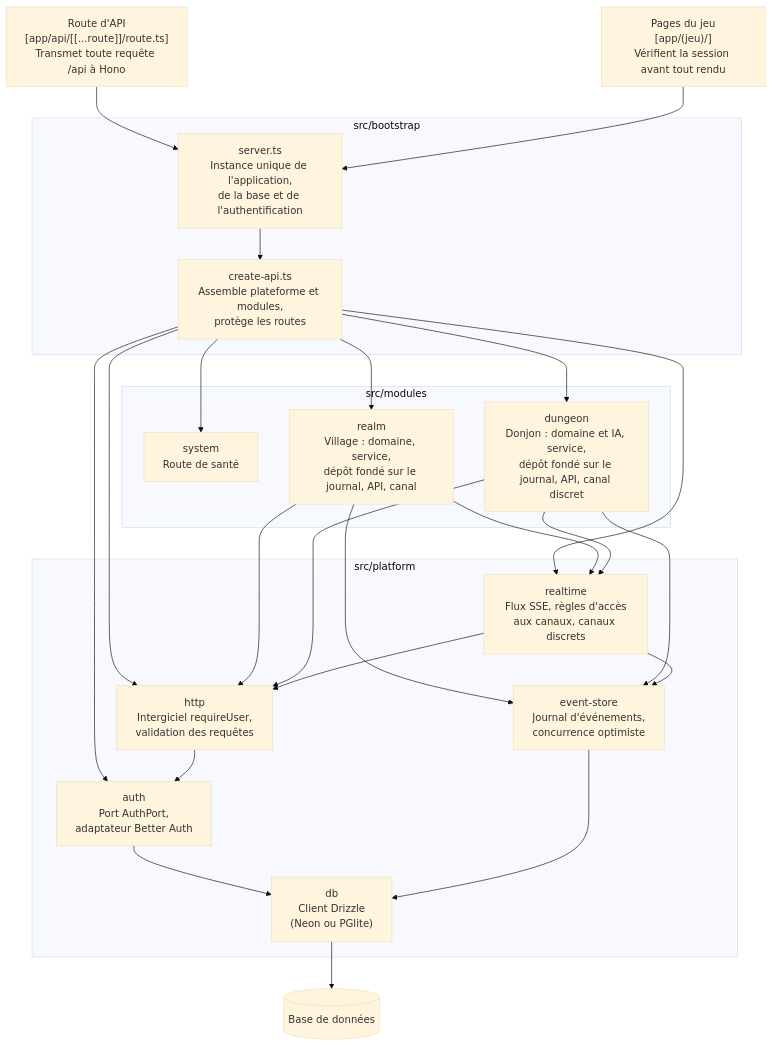
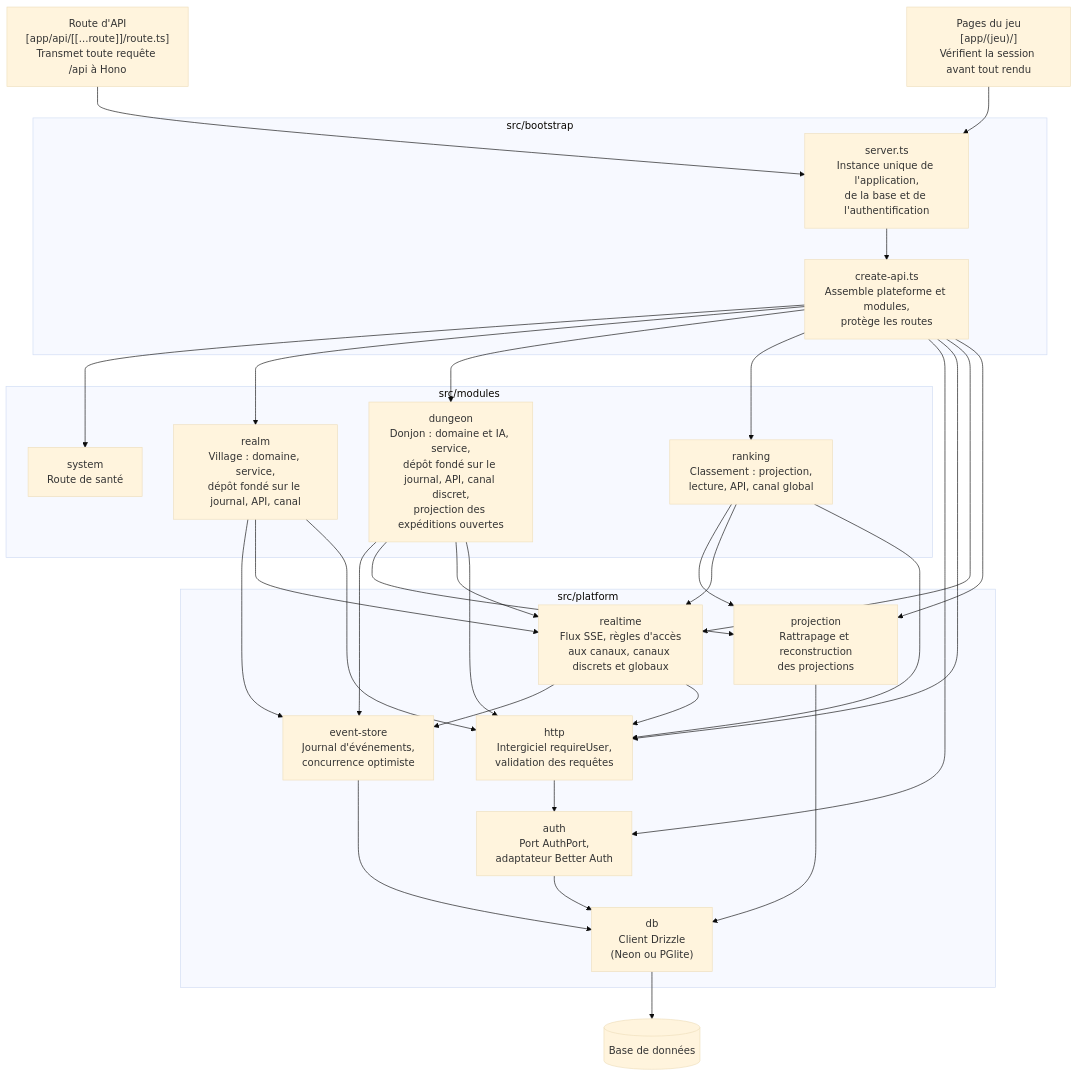
Before and after one commit to Swixos/royaumes: the third of 4 diagrams in docs/architecture.md, drawn with Mermaid (base theme). The commit also changed other lines of this file and 2 other files, not shown here.

First line of the commit message:
docs: update the ranking documentation

````diff
--- a/docs/architecture.md
+++ b/docs/architecture.md
@@ -50,33 +54,37 @@
 ```mermaid
 flowchart TB
   route["Route d'API<br/>[app/api/[[...route]]/route.ts]<br/>Transmet toute requête /api à Hono"]
   pages["Pages du jeu<br/>[app/(jeu)/]<br/>Vérifient la session avant tout rendu"]
   subgraph bootstrap["src/bootstrap"]
     server["server.ts<br/>Instance unique de l'application,<br/>de la base et de l'authentification"]
     createapi["create-api.ts<br/>Assemble plateforme et modules,<br/>protège les routes"]
   end
   subgraph modules["src/modules"]
     system["system<br/>Route de santé"]
     realm["realm<br/>Village : domaine, service,<br/>dépôt fondé sur le journal, API, canal"]
-    dungeon["dungeon<br/>Donjon : domaine et IA, service,<br/>dépôt fondé sur le journal, API, canal discret"]
+    dungeon["dungeon<br/>Donjon : domaine et IA, service,<br/>dépôt fondé sur le journal, API, canal discret,<br/>projection des expéditions ouvertes"]
+    ranking["ranking<br/>Classement : projection,<br/>lecture, API, canal global"]
   end
   subgraph platform["src/platform"]
     auth["auth<br/>Port AuthPort,<br/>adaptateur Better Auth"]
     http["http<br/>Intergiciel requireUser,<br/>validation des requêtes"]
-    realtime["realtime<br/>Flux SSE, règles d'accès<br/>aux canaux, canaux discrets"]
+    realtime["realtime<br/>Flux SSE, règles d'accès<br/>aux canaux, canaux discrets et globaux"]
     store["event-store<br/>Journal d'événements,<br/>concurrence optimiste"]
+    projection["projection<br/>Rattrapage et reconstruction<br/>des projections"]
     db["db<br/>Client Drizzle<br/>(Neon ou PGlite)"]
   end
   base[("Base de données")]
   route --> server
   pages --> server
   server --> createapi
-  createapi --> system & realm & dungeon & auth & http & realtime
+  createapi --> system & realm & dungeon & ranking & auth & http & realtime & projection
   realm --> store & realtime & http
-  dungeon --> store & realtime & http
+  dungeon --> store & projection & realtime & http
+  ranking --> projection & realtime & http
   realtime --> store & http
+  projection --> db
   http --> auth
   auth --> db
   store --> db
   db --> base
 ```
````
